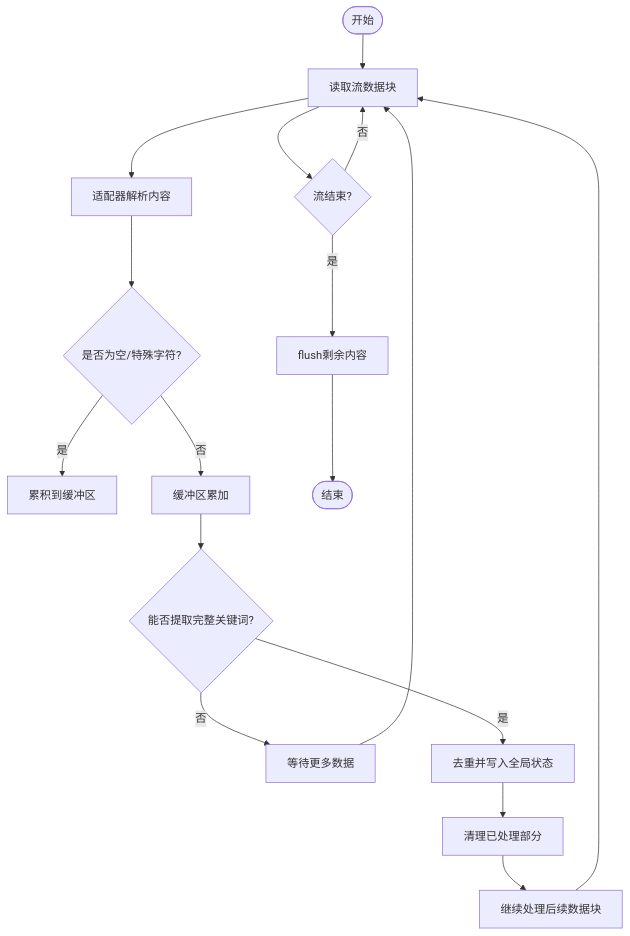
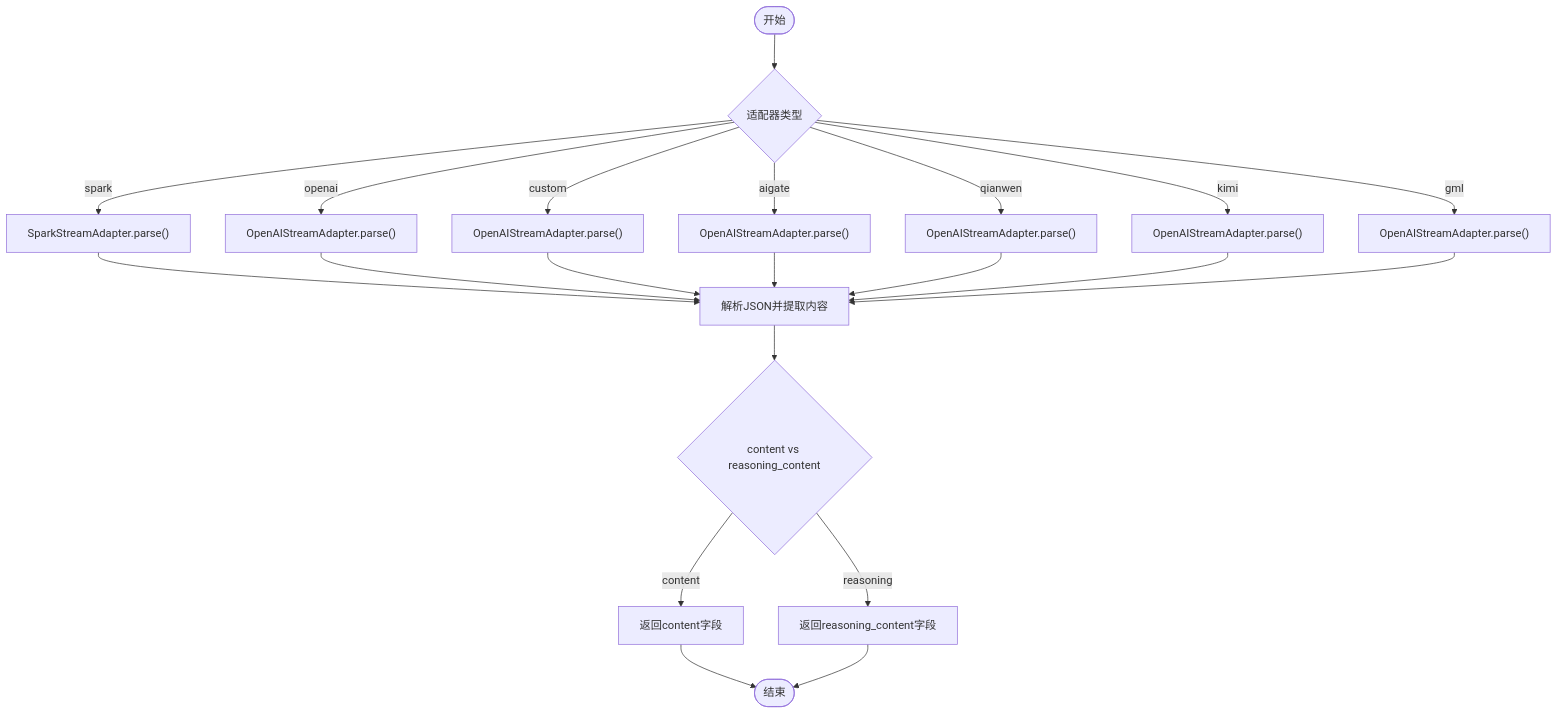
One commit to RadiumAg/bilibili-favorites changed the fourth of 6 diagrams in .qoder/repowiki/zh/content/API参考文档/AI服务API.md. Above: the diagram before and after it, drawn with Mermaid. The commit also changed other lines of this file and 21 other files, not shown here.

````diff
--- a/.qoder/repowiki/zh/content/API参考文档/AI服务API.md
+++ b/.qoder/repowiki/zh/content/API参考文档/AI服务API.md
@@ -284,19 +256,23 @@
 ```mermaid
 flowchart TD
-Start(["开始"]) --> ReadChunk["读取流数据块"]
-ReadChunk --> Parse["适配器解析内容"]
-Parse --> Skip{"是否为空/特殊字符?"}
-Skip --> |是| Accumulate["累积到缓冲区"]
-Skip --> |否| BufferAcc["缓冲区累加"]
-BufferAcc --> Extract{"能否提取完整关键词?"}
-Extract --> |否| Wait["等待更多数据"]
-Extract --> |是| Dedup["去重并写入全局状态"]
-Dedup --> Clear["清理已处理部分"]
-Clear --> Continue["继续处理后续数据块"]
-Wait --> ReadChunk
-Continue --> ReadChunk
-ReadChunk --> Done{"流结束?"}
-Done --> |否| ReadChunk
-Done --> |是| Flush["flush剩余内容"]
-Flush --> End(["结束"])
+Start(["开始"]) --> CheckType{"适配器类型"}
+CheckType --> |spark| Spark["SparkStreamAdapter.parse()"]
+CheckType --> |openai| OpenAI["OpenAIStreamAdapter.parse()"]
+CheckType --> |custom| Custom["OpenAIStreamAdapter.parse()"]
+CheckType --> |aigate| AIGate["OpenAIStreamAdapter.parse()"]
+CheckType --> |qianwen| Qianwen["OpenAIStreamAdapter.parse()"]
+CheckType --> |kimi| Kimi["OpenAIStreamAdapter.parse()"]
+CheckType --> |gml| GML["OpenAIStreamAdapter.parse()"]
+Spark --> Parse["解析JSON并提取内容"]
+OpenAI --> Parse
+Custom --> Parse
+AIGate --> Parse
+Qianwen --> Parse
+Kimi --> Parse
+GML --> Parse
+Parse --> Priority{"content vs reasoning_content"}
+Priority --> |content| Content["返回content字段"]
+Priority --> |reasoning| Reasoning["返回reasoning_content字段"]
+Content --> End(["结束"])
+Reasoning --> End
 ```
````
